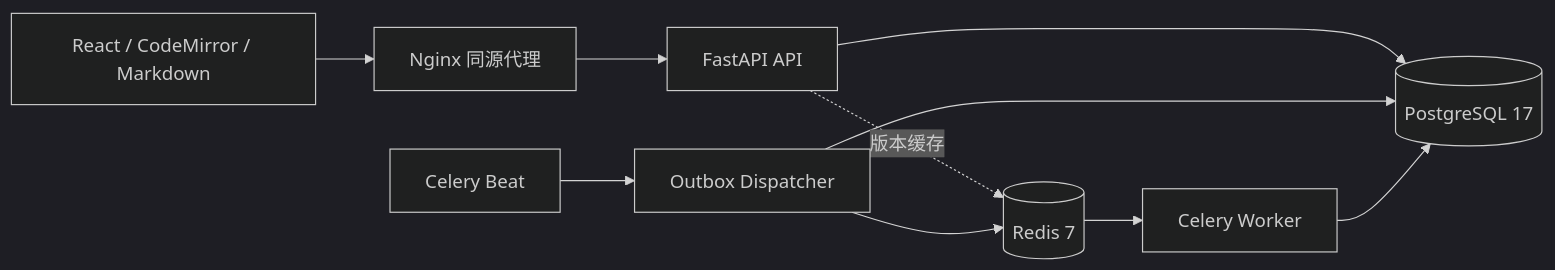
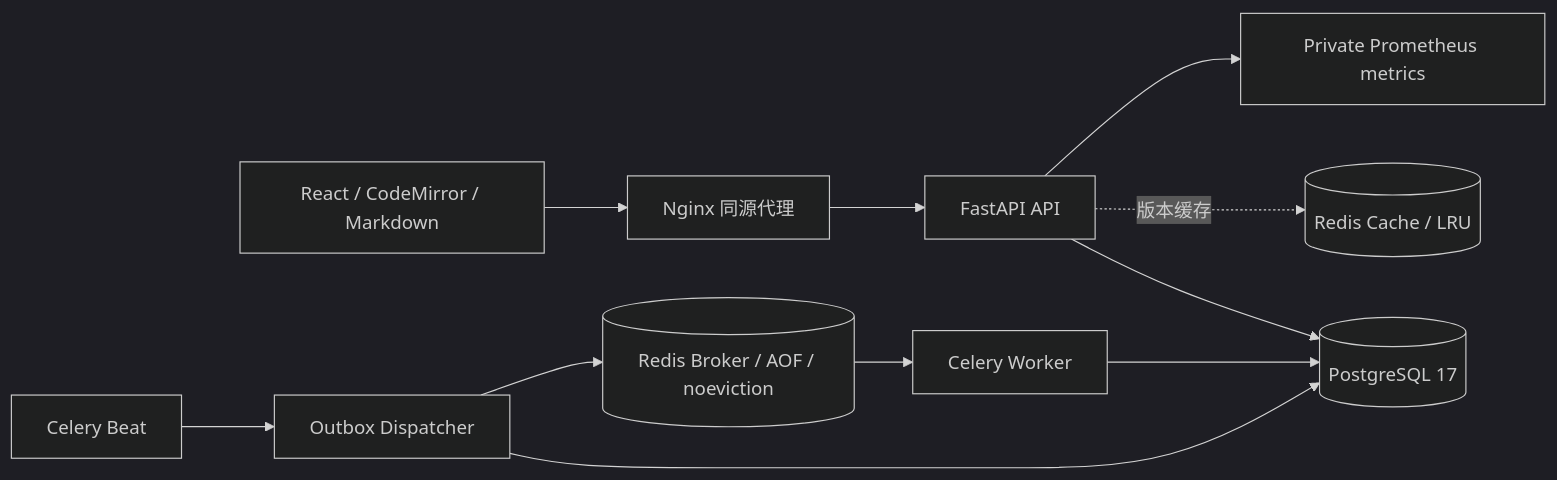
Before and after one commit to chen9zz/teamwiki: the diagram in docs/architecture.md, drawn with Mermaid (dark theme). The commit also changed other lines of this file and 54 other files, not shown here.

````diff
--- a/docs/architecture.md
+++ b/docs/architecture.md
@@ -5,12 +5,13 @@
 ```mermaid
 flowchart LR
   Browser[React / CodeMirror / Markdown] --> Nginx[Nginx 同源代理]
   Nginx --> API[FastAPI API]
   API --> PG[(PostgreSQL 17)]
-  API -. 版本缓存 .-> Redis[(Redis 7)]
+  API -. 版本缓存 .-> Cache[(Redis Cache / LRU)]
+  API --> Metrics[Private Prometheus metrics]
   Beat[Celery Beat] --> Dispatcher[Outbox Dispatcher]
   Dispatcher --> PG
-  Dispatcher --> Redis
-  Redis --> Worker[Celery Worker]
+  Dispatcher --> Broker[(Redis Broker / AOF / noeviction)]
+  Broker --> Worker[Celery Worker]
   Worker --> PG
 ```
````
